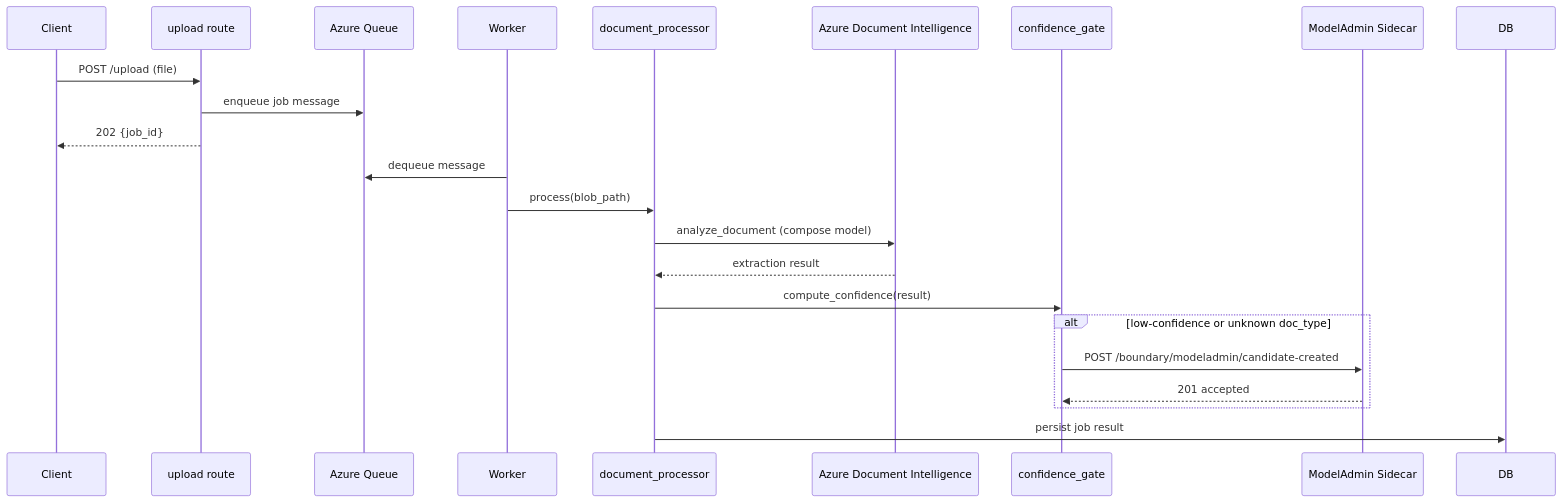
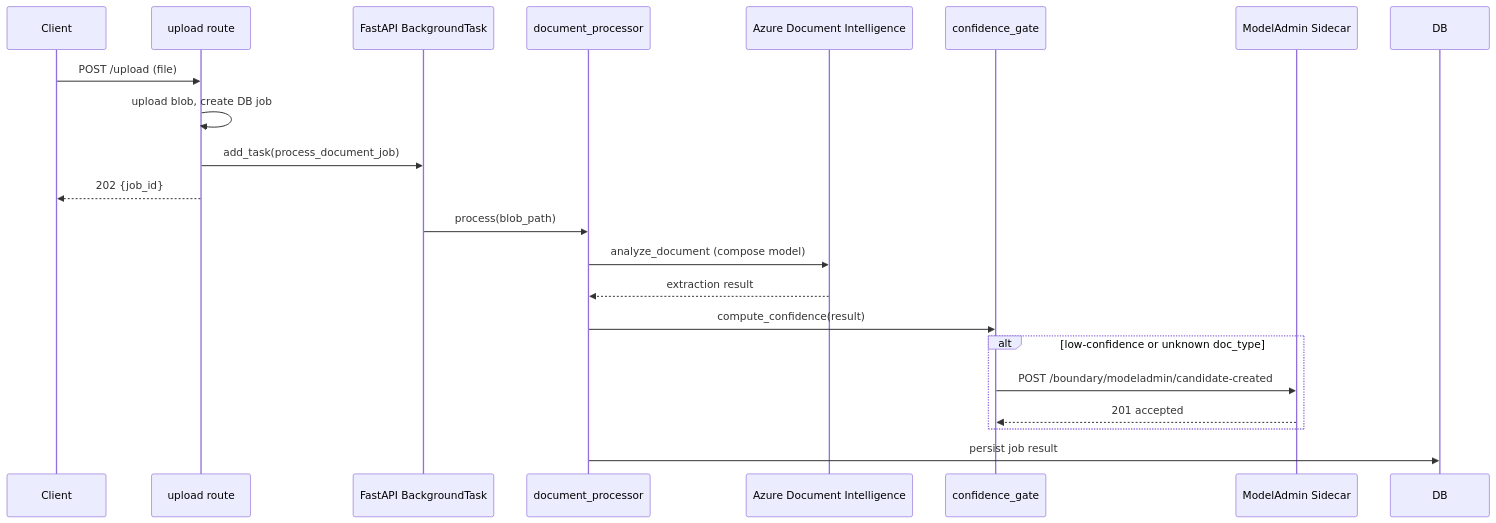
One commit to southworks/mlops-document-intelligence changed the sixth of 8 diagrams in docs/ARCHITECTURE.md. Above: the diagram before and after it, drawn with Mermaid. The commit also changed other lines of this file and 9 other files, not shown here.

````diff
--- a/docs/ARCHITECTURE.md
+++ b/docs/ARCHITECTURE.md
@@ -240,26 +234,25 @@
 ```mermaid
 sequenceDiagram
     participant Client
     participant Upload as upload route
-    participant Queue as Azure Queue
-    participant Worker
+    participant BG as FastAPI BackgroundTask
     participant DocProc as document_processor
     participant ADI as Azure Document Intelligence
     participant ConfGate as confidence_gate
     participant Sidecar as ModelAdmin Sidecar
 
     Client->>Upload: POST /upload (file)
-    Upload->>Queue: enqueue job message
+    Upload->>Upload: upload blob, create DB job
+    Upload->>BG: add_task(process_document_job)
     Upload-->>Client: 202 {job_id}
 
-    Worker->>Queue: dequeue message
-    Worker->>DocProc: process(blob_path)
+    BG->>DocProc: process(blob_path)
     DocProc->>ADI: analyze_document (compose model)
     ADI-->>DocProc: extraction result
     DocProc->>ConfGate: compute_confidence(result)
     alt low-confidence or unknown doc_type
         ConfGate->>Sidecar: POST /boundary/modeladmin/candidate-created
         Sidecar-->>ConfGate: 201 accepted
     end
     DocProc->>DB: persist job result
 ```
````
